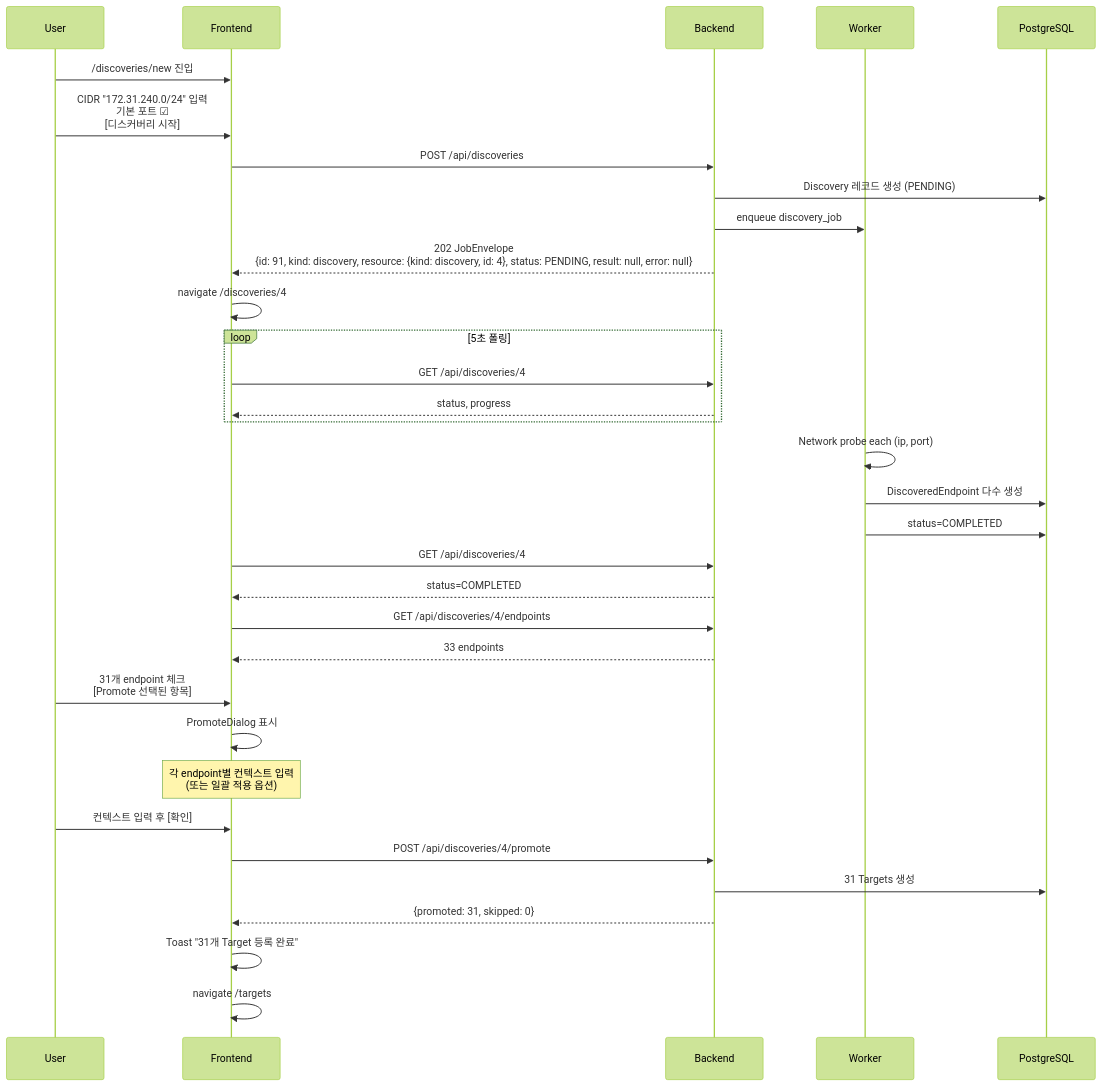
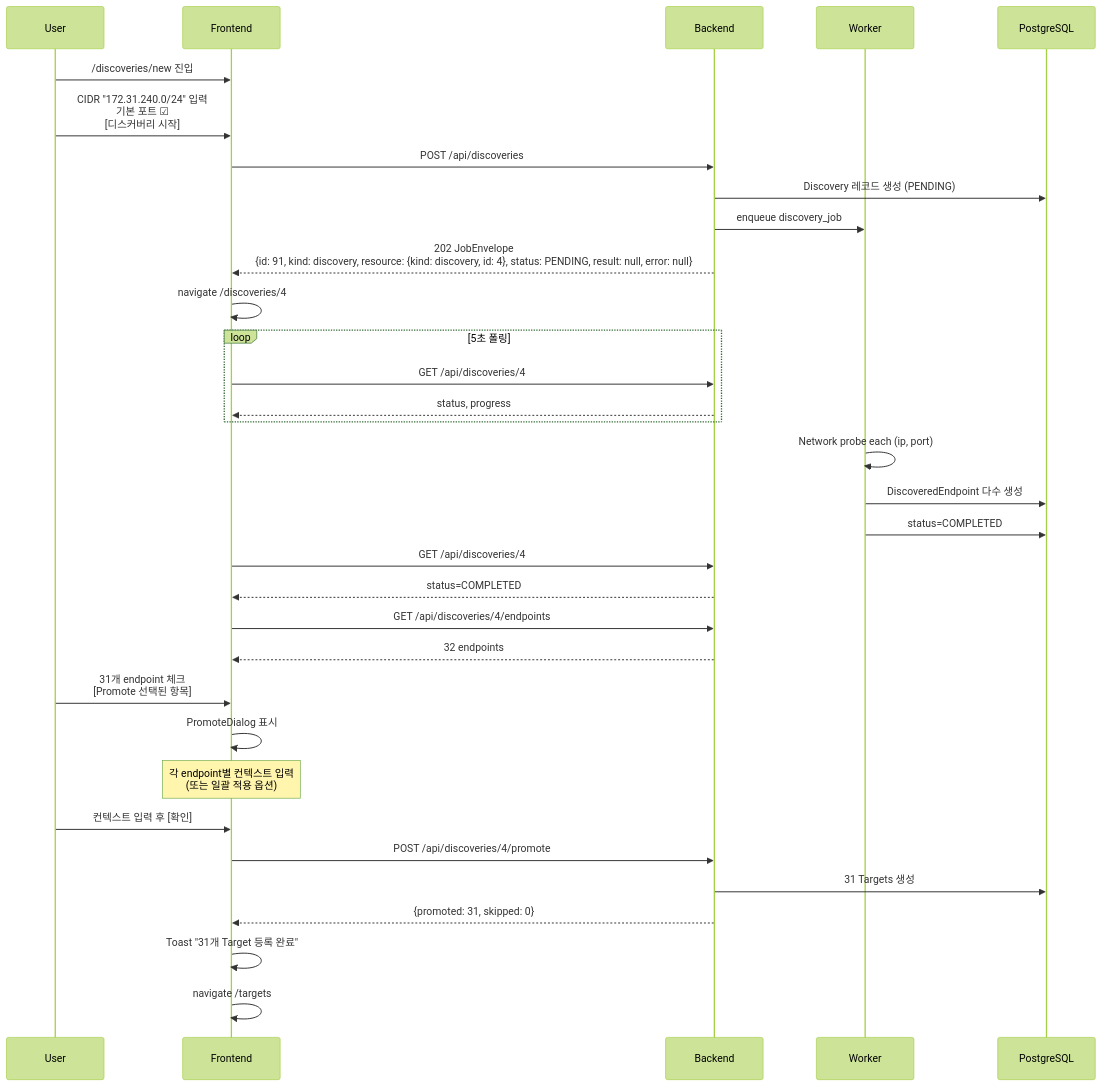
One commit to ehdgks0627/crypto-scanner changed the second of 11 diagrams in docs/10-ux-flows.md. Above: the diagram before and after it, drawn with Mermaid (forest theme). The commit also changed 18 other files, not shown here.

````diff
--- a/docs/10-ux-flows.md
+++ b/docs/10-ux-flows.md
@@ -75,40 +75,40 @@
 ```mermaid
 sequenceDiagram
     participant U as User
     participant F as Frontend
     participant B as Backend
     participant W as Worker
     participant DB as PostgreSQL
 
     U->>F: /discoveries/new 진입
     U->>F: CIDR "172.31.240.0/24" 입력<br/>기본 포트 ☑<br/>[디스커버리 시작]
     F->>B: POST /api/discoveries
     B->>DB: Discovery 레코드 생성 (PENDING)
     B->>W: enqueue discovery_job
     B-->>F: 202 JobEnvelope<br/>{id: 91, kind: discovery, resource: {kind: discovery, id: 4}, status: PENDING, result: null, error: null}
     F->>F: navigate /discoveries/4
 
     loop 5초 폴링
         F->>B: GET /api/discoveries/4
         B-->>F: status, progress
     end
 
     W->>W: Network probe each (ip, port)
     W->>DB: DiscoveredEndpoint 다수 생성
     W->>DB: status=COMPLETED
 
     F->>B: GET /api/discoveries/4
     B-->>F: status=COMPLETED
     F->>B: GET /api/discoveries/4/endpoints
-    B-->>F: 33 endpoints
+    B-->>F: 32 endpoints
 
     U->>F: 31개 endpoint 체크<br/>[Promote 선택된 항목]
     F->>F: PromoteDialog 표시
     Note over F: 각 endpoint별 컨텍스트 입력<br/>(또는 일괄 적용 옵션)
     U->>F: 컨텍스트 입력 후 [확인]
     F->>B: POST /api/discoveries/4/promote
     B->>DB: 31 Targets 생성
     B-->>F: {promoted: 31, skipped: 0}
     F->>F: Toast "31개 Target 등록 완료"
     F->>F: navigate /targets
 ```
````
